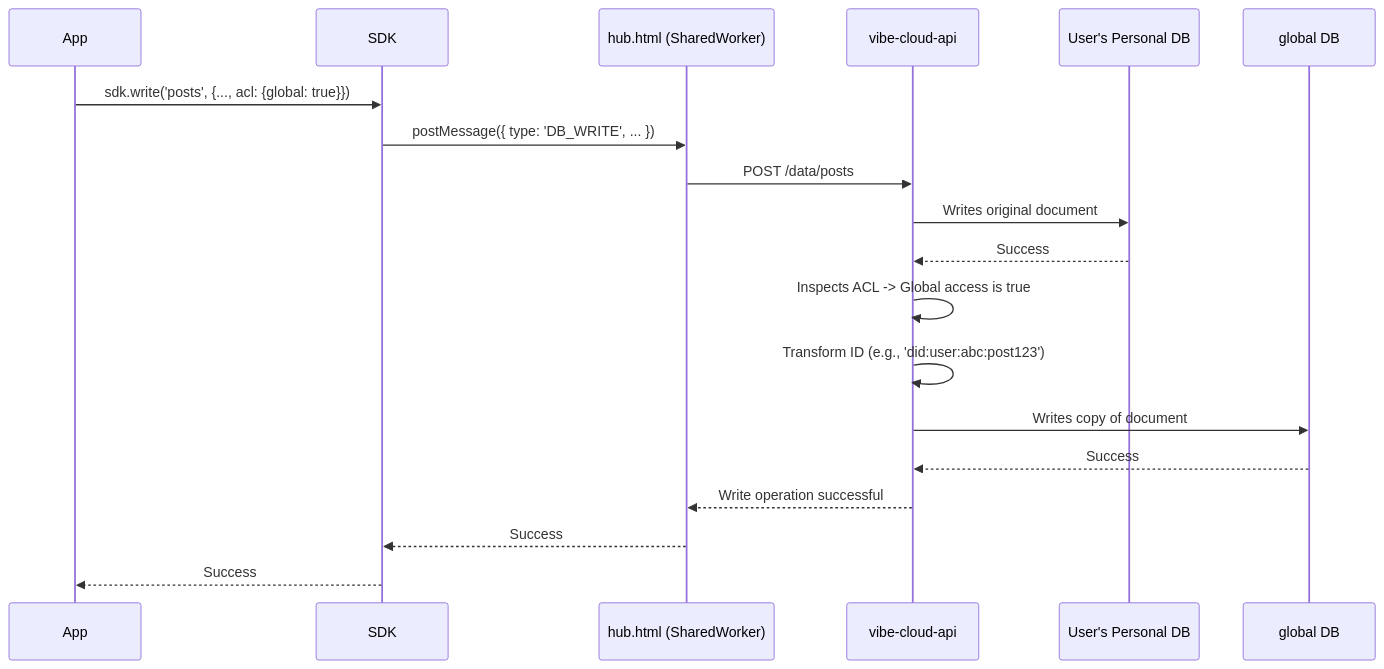
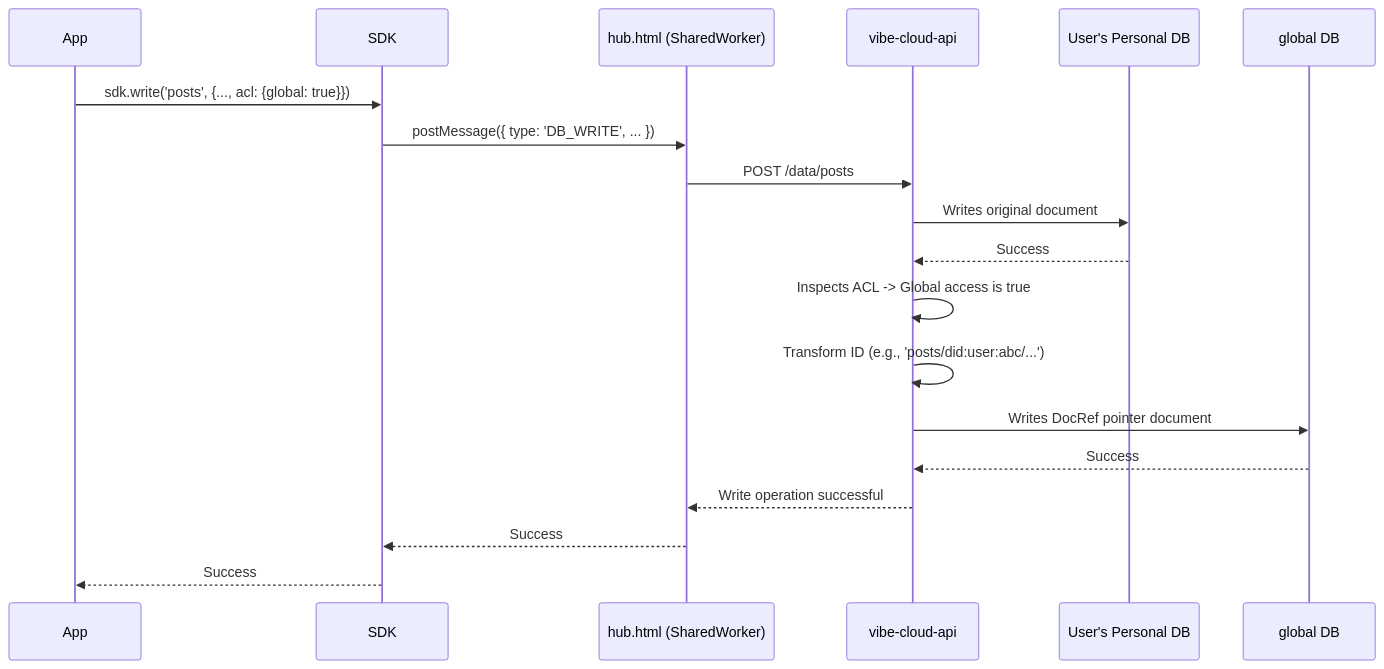
One commit to Social-Systems-Lab/vibe changed the diagram in docs/Phase0_Global_Database.md. Above: the diagram before and after it, drawn with Mermaid. The commit also changed other lines of this file and 3 other files, not shown here.

````diff
--- a/docs/Phase0_Global_Database.md
+++ b/docs/Phase0_Global_Database.md
@@ -54,25 +54,25 @@
 ```mermaid
 sequenceDiagram
     participant App
     participant SDK
     participant Hub as hub.html (SharedWorker)
     participant API as vibe-cloud-api
     participant UserDB as User's Personal DB
     participant GlobalDB as global DB
 
     App->>SDK: sdk.write('posts', {..., acl: {global: true}})
     SDK->>Hub: postMessage({ type: 'DB_WRITE', ... })
     Hub->>API: POST /data/posts
 
     API->>UserDB: Writes original document
     UserDB-->>API: Success
 
     API->>API: Inspects ACL -> Global access is true
-    API->>API: Transform ID (e.g., 'did:user:abc:post123')
-    API->>GlobalDB: Writes copy of document
+    API->>API: Transform ID (e.g., 'posts/did:user:abc/...')
+    API->>GlobalDB: Writes DocRef pointer document
     GlobalDB-->>API: Success
 
     API-->>Hub: Write operation successful
     Hub-->>SDK: Success
     SDK-->>App: Success
 ```
````
